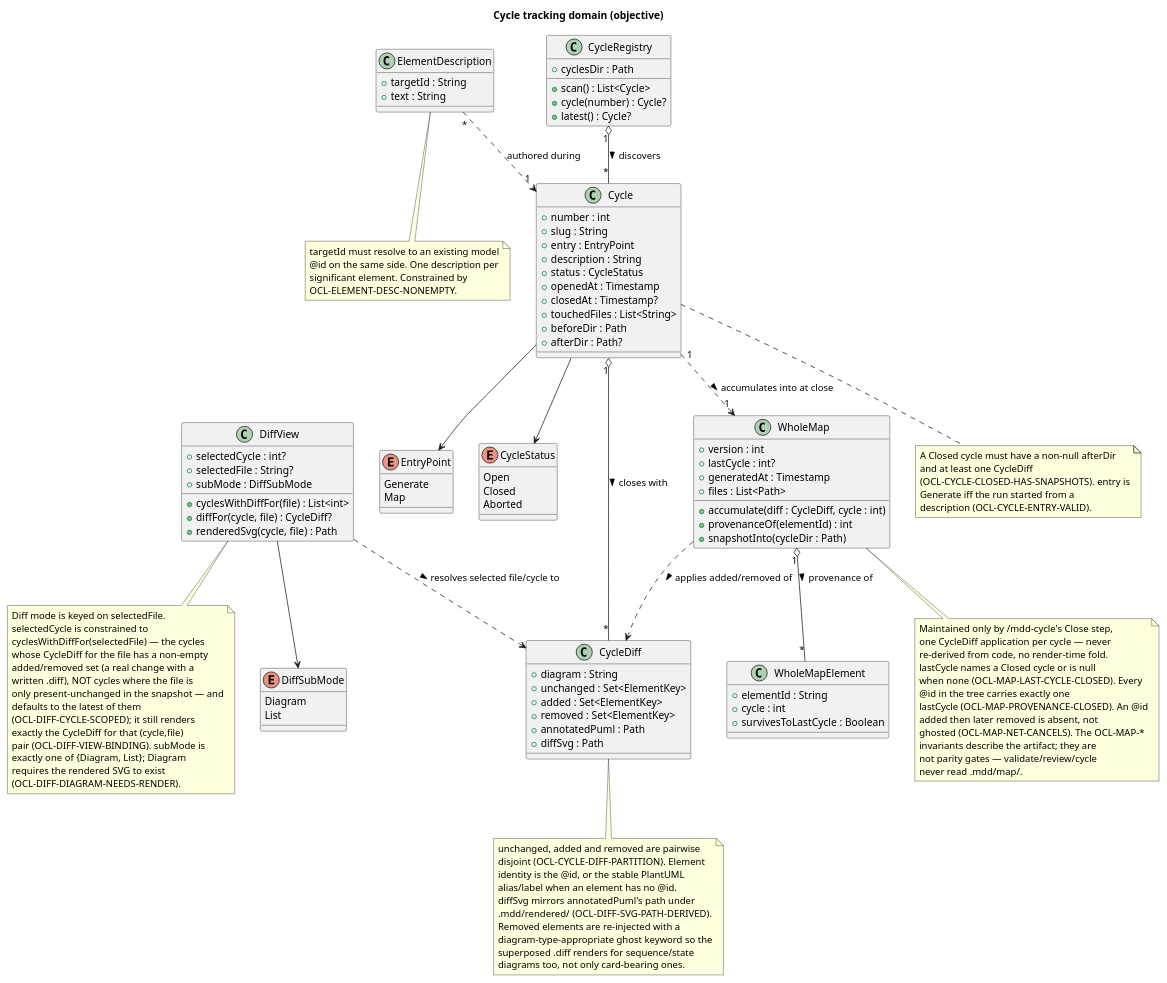
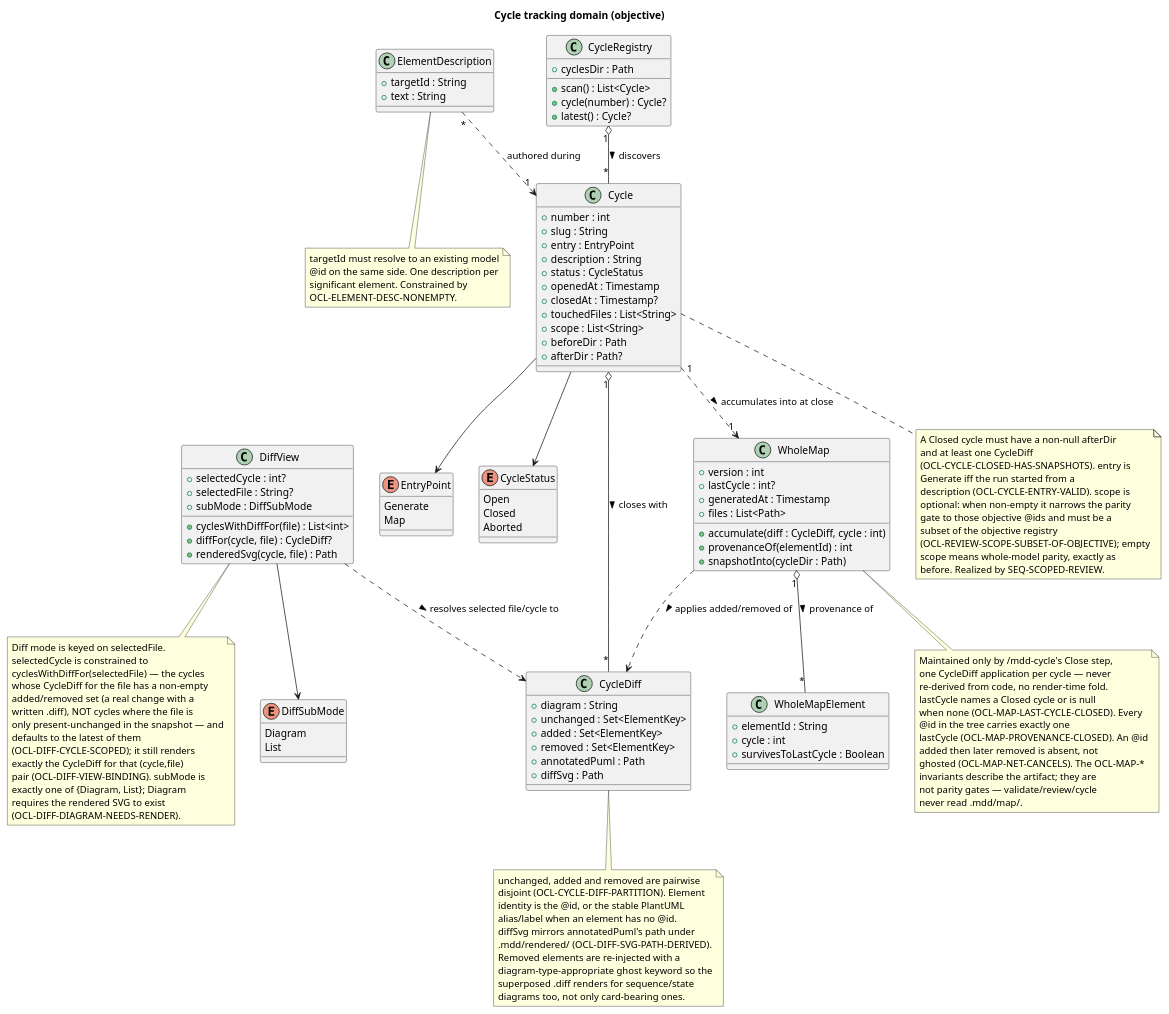
One commit to cthadeufaria/model-driven-development changed the diagram in .mdd/models/objective/domain/cycle-tracking.puml. Above: the diagram before and after it, drawn with PlantUML. The commit also changed 240 other files, not shown here.

```diff
--- a/.mdd/models/objective/domain/cycle-tracking.puml
+++ b/.mdd/models/objective/domain/cycle-tracking.puml
@@ -1,166 +1,173 @@
 @startuml
 ' @id(DOM-CYCLE)
 ' @id(DOM-CYCLE-DIFF)
 ' @id(DOM-ELEMENT-DESCRIPTION)
 ' @id(DOM-CYCLE-REGISTRY)
 ' @id(DOM-DIFF-VIEW)
 ' @id(DOM-WHOLE-MAP)
 '
 ' Objective-side domain model for cycle tracking. New concepts, absent on
 ' the current side until /mdd-implement + /mdd-map close the parity gap.
 '
-' @desc(DOM-CYCLE, "One tracked MDD loop: its entry point, description, status, the model files it touched, and its before/after snapshot directories.")
+' @desc(DOM-CYCLE, "One tracked MDD loop: its entry point, description, status, the model files it touched, its before/after snapshot directories, and an optional scope — a set of objective @ids that narrows the parity gate to that slice (empty = whole-model).")
 ' @desc(DOM-CYCLE-DIFF, "Per-diagram element partition between a cycle's before and after current-side snapshots: unchanged, added, removed, plus the path of its rendered superposed .diff.svg.")
 ' @desc(DOM-ELEMENT-DESCRIPTION, "The @desc(<ID>, text) marker: a one-line human description attached to a model @id, surfaced in the MODEL CONTEXT card.")
 ' @desc(DOM-CYCLE-REGISTRY, "Scans .mdd/cycles/ into an ordered list of Cycle records for the viewer rail and diff view; analogous to ModelRegistry.")
 ' @desc(DOM-DIFF-VIEW, "Viewer Diff-mode state: the selected cycle, the file selected in the rail, and the sub-mode (Diagram renders the .diff.svg, List shows that file's text buckets).")
 ' @desc(DOM-WHOLE-MAP, "The persisted per-concept .mdd/map/ accumulation plus manifest.yml: built by replaying each closed cycle's CycleDiff onto it (added @ids copied in with @cycle provenance, removed dropped so add-then-remove nets to neither), snapshotted per cycle under .mdd/cycles/<N>/whole/. An inspection baseline only — read by nothing in the parity gate.")
 title Cycle tracking domain (objective)
 
 enum EntryPoint {
   Generate
   Map
 }
 
 enum CycleStatus {
   Open
   Closed
   Aborted
 }
 
 enum DiffSubMode {
   Diagram
   List
 }
 
 class Cycle {
   + number : int
   + slug : String
   + entry : EntryPoint
   + description : String
   + status : CycleStatus
   + openedAt : Timestamp
   + closedAt : Timestamp?
   + touchedFiles : List<String>
+  + scope : List<String>
   + beforeDir : Path
   + afterDir : Path?
 }
 
 class CycleDiff {
   + diagram : String
   + unchanged : Set<ElementKey>
   + added : Set<ElementKey>
   + removed : Set<ElementKey>
   + annotatedPuml : Path
   + diffSvg : Path
 }
 
 class ElementDescription {
   + targetId : String
   + text : String
 }
 
 class CycleRegistry {
   + cyclesDir : Path
   + scan() : List<Cycle>
   + cycle(number) : Cycle?
   + latest() : Cycle?
 }
 
 class DiffView {
   + selectedCycle : int?
   + selectedFile : String?
   + subMode : DiffSubMode
   + cyclesWithDiffFor(file) : List<int>
   + diffFor(cycle, file) : CycleDiff?
   + renderedSvg(cycle, file) : Path
 }
 
 class WholeMap {
   + version : int
   + lastCycle : int?
   + generatedAt : Timestamp
   + files : List<Path>
   + accumulate(diff : CycleDiff, cycle : int)
   + provenanceOf(elementId) : int
   + snapshotInto(cycleDir : Path)
 }
 
 class WholeMapElement {
   + elementId : String
   + cycle : int
   + survivesToLastCycle : Boolean
 }
 
 CycleRegistry "1" o-- "*" Cycle : discovers >
 Cycle "1" o-- "*" CycleDiff : closes with >
 Cycle --> EntryPoint
 Cycle --> CycleStatus
 ElementDescription "*" ..> "1" Cycle : authored during
 DiffView --> DiffSubMode
 DiffView ..> CycleDiff : resolves selected file/cycle to >
 Cycle "1" ..> "1" WholeMap : accumulates into at close >
 WholeMap ..> CycleDiff : applies added/removed of >
 WholeMap "1" o-- "*" WholeMapElement : provenance of >
 
 note bottom of ElementDescription
   targetId must resolve to an existing model
   @id on the same side. One description per
   significant element. Constrained by
   OCL-ELEMENT-DESC-NONEMPTY.
 end note
 
 note bottom of CycleDiff
   unchanged, added and removed are pairwise
   disjoint (OCL-CYCLE-DIFF-PARTITION). Element
   identity is the @id, or the stable PlantUML
   alias/label when an element has no @id.
   diffSvg mirrors annotatedPuml's path under
   .mdd/rendered/ (OCL-DIFF-SVG-PATH-DERIVED).
   Removed elements are re-injected with a
   diagram-type-appropriate ghost keyword so the
   superposed .diff renders for sequence/state
   diagrams too, not only card-bearing ones.
 end note
 
 note bottom of Cycle
   A Closed cycle must have a non-null afterDir
   and at least one CycleDiff
   (OCL-CYCLE-CLOSED-HAS-SNAPSHOTS). entry is
   Generate iff the run started from a
-  description (OCL-CYCLE-ENTRY-VALID).
+  description (OCL-CYCLE-ENTRY-VALID). scope is
+  optional: when non-empty it narrows the parity
+  gate to those objective @ids and must be a
+  subset of the objective registry
+  (OCL-REVIEW-SCOPE-SUBSET-OF-OBJECTIVE); empty
+  scope means whole-model parity, exactly as
+  before. Realized by SEQ-SCOPED-REVIEW.
 end note
 
 note bottom of DiffView
   Diff mode is keyed on selectedFile.
   selectedCycle is constrained to
   cyclesWithDiffFor(selectedFile) — the cycles
   whose CycleDiff for the file has a non-empty
   added/removed set (a real change with a
   written .diff), NOT cycles where the file is
   only present-unchanged in the snapshot — and
   defaults to the latest of them
   (OCL-DIFF-CYCLE-SCOPED); it still renders
   exactly the CycleDiff for that (cycle,file)
   pair (OCL-DIFF-VIEW-BINDING). subMode is
   exactly one of {Diagram, List}; Diagram
   requires the rendered SVG to exist
   (OCL-DIFF-DIAGRAM-NEEDS-RENDER).
 end note
 
 note bottom of WholeMap
   Maintained only by /mdd-cycle's Close step,
   one CycleDiff application per cycle — never
   re-derived from code, no render-time fold.
   lastCycle names a Closed cycle or is null
   when none (OCL-MAP-LAST-CYCLE-CLOSED). Every
   @id in the tree carries exactly one
   ' @cycle(<ID>,N) and N is a Closed cycle <=
   lastCycle (OCL-MAP-PROVENANCE-CLOSED). An @id
   added then later removed is absent, not
   ghosted (OCL-MAP-NET-CANCELS). The OCL-MAP-*
   invariants describe the artifact; they are
   not parity gates — validate/review/cycle
   never read .mdd/map/.
 end note
 @enduml
```
